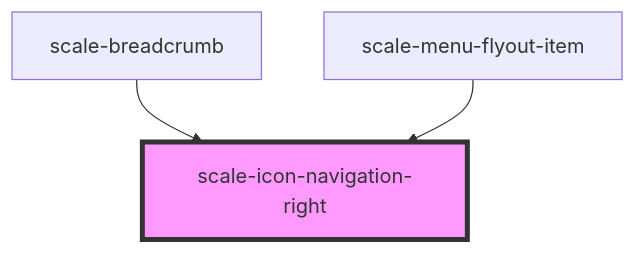
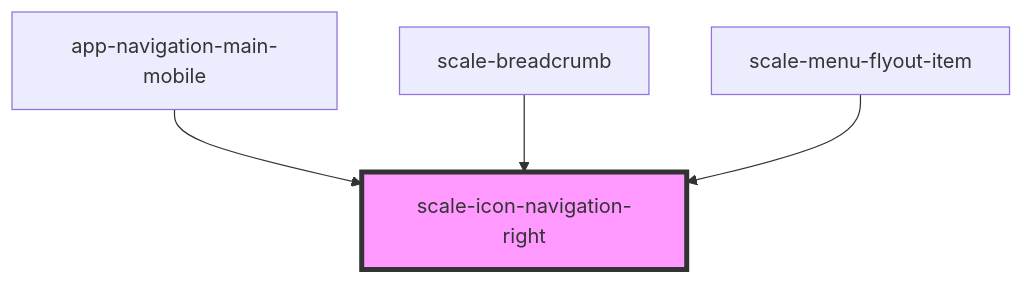
The diagram in packages/components/src/components/icons/navigation-right/readme.md (gaurishkamat/scale), drawn with Mermaid before and after one commit. The commit also changed other lines of this file and 10 other files, not shown here.

````diff
--- a/packages/components/src/components/icons/navigation-right/readme.md
+++ b/packages/components/src/components/icons/navigation-right/readme.md
@@ -27,6 +28,7 @@
 ```mermaid
 graph TD;
+  app-navigation-main-mobile --> scale-icon-navigation-right
   scale-breadcrumb --> scale-icon-navigation-right
   scale-menu-flyout-item --> scale-icon-navigation-right
   style scale-icon-navigation-right fill:#f9f,stroke:#333,stroke-width:4px
 ```
````
